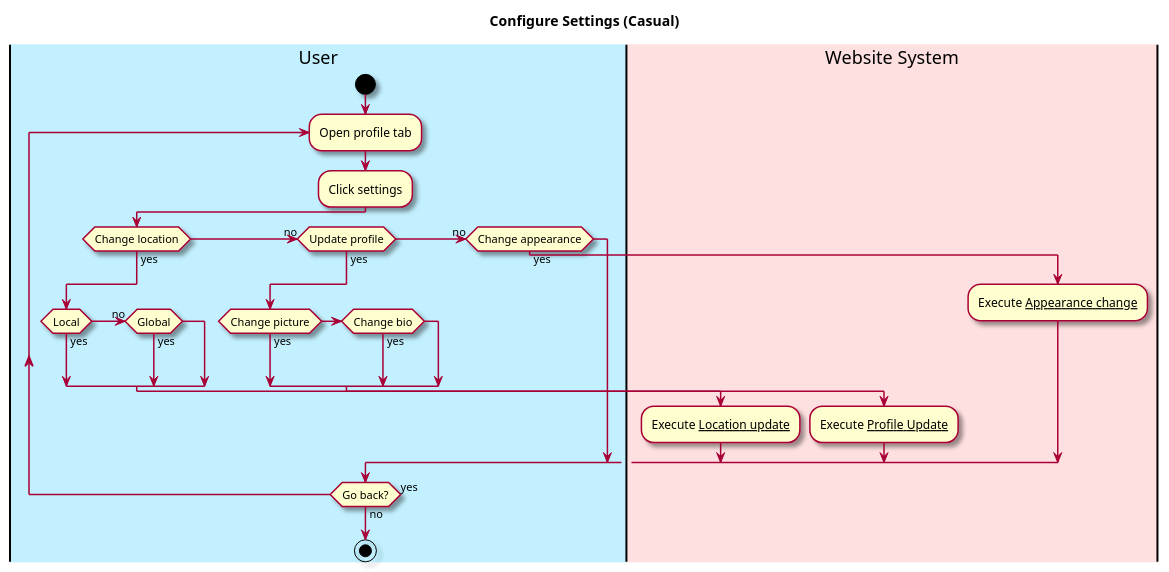
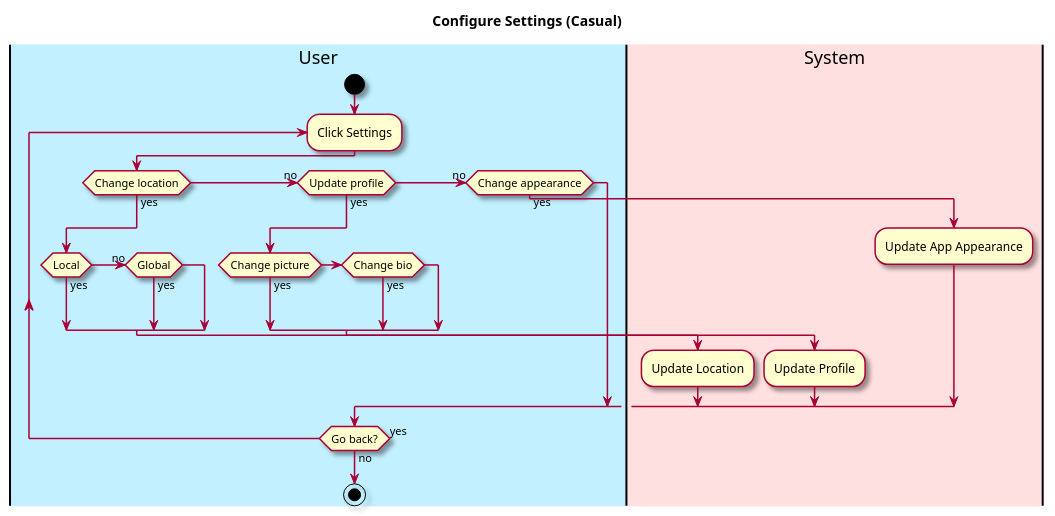
Before and after one commit to owhitleym-ui/EcoScoop: the diagram in intellij/doc/Functional Specification/configure-settings.md, drawn with PlantUML. The commit also changed other lines of this file and 5 other files, not shown here.

````diff
--- a/intellij/doc/Functional Specification/configure-settings.md
+++ b/intellij/doc/Functional Specification/configure-settings.md
@@ -20,39 +20,38 @@
 ```plantuml
 @startuml
 
 skin rose
 
 title Configure Settings (Casual)
 
 'define the lanes
 |#application|User|
-|#implementation|Website System|
+|#implementation|System|
 
 |User|
 start
-    repeat :Open profile tab;
-        :Click settings;
+    repeat :Click Settings;
         if (Change location) then (yes)
             if(Local) then (yes)
             (no) elseif (Global) then (yes)
             end if
-            |Website System|
-            :Execute __Location update__;
+            |System|
+            :Update Location;
         (no)elseif (Update profile) then (yes)
             |User|
             if (Change picture) then (yes)
             elseif (Change bio) then (yes)
             endif
-            |Website System|
-            :Execute __Profile Update__;
+            |System|
+            :Update Profile;
         (no)elseif (Change appearance) then (yes)
-            |Website System|
-            :Execute __Appearance change__;
+            |System|
+            :Update App Appearance;
 
         endif
         |User|
         repeat while (Go back?) is (yes) not (no)
 
 stop
 @enduml
 ```
````
